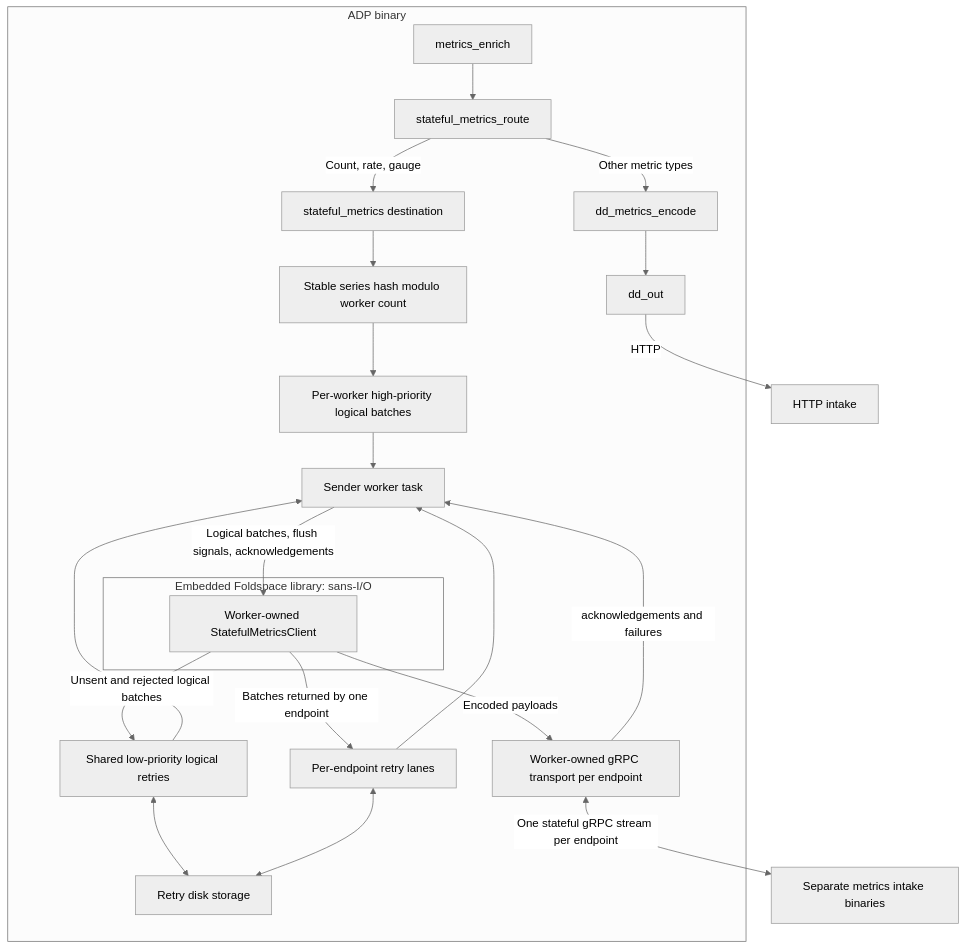
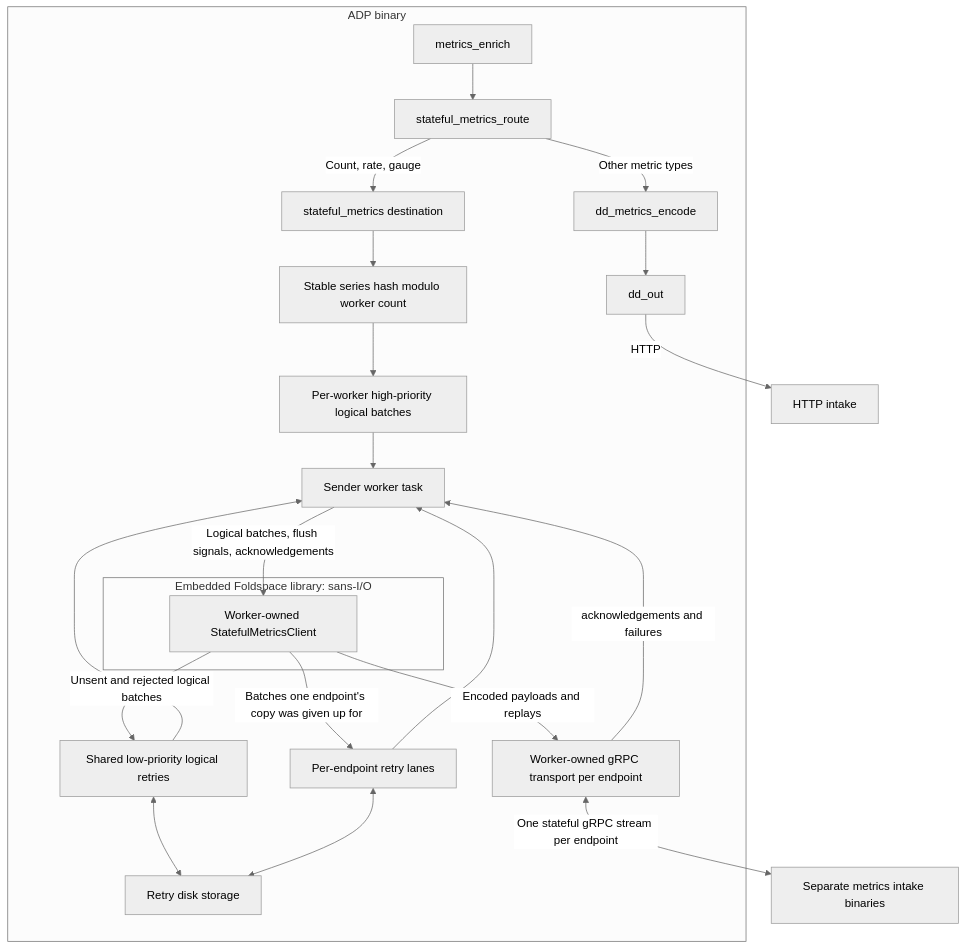
One commit to DataDog/saluki changed the diagram in docs/development/stateful-metrics.md. Above: the diagram before and after it, drawn with Mermaid (neutral theme). The commit also changed other lines of this file and 6 other files, not shown here.

````diff
--- a/docs/development/stateful-metrics.md
+++ b/docs/development/stateful-metrics.md
@@ -11,26 +11,26 @@
 ```mermaid
 flowchart TB
     subgraph ADP[ADP binary]
         Enrich[metrics_enrich] --> Route[stateful_metrics_route]
         Route -->|Count, rate, gauge| Sender[stateful_metrics destination]
         Route -->|Other metric types| Encode[dd_metrics_encode]
         Encode --> Out[dd_out]
         Sender --> Shard[Stable series hash modulo worker count]
         Shard --> High[Per-worker high-priority logical batches]
         High --> Worker[Sender worker task]
         Low[Shared low-priority logical retries] --> Worker
         Lanes[Per-endpoint retry lanes] --> Worker
         Low <--> Disk[Retry disk storage]
         Lanes <--> Disk
         subgraph Foldspace[Embedded Foldspace library: sans-I/O]
             Core[Worker-owned StatefulMetricsClient]
         end
         Worker -->|Logical batches, flush signals, acknowledgements| Core
-        Core -->|Encoded payloads| Transport[Worker-owned gRPC transport per endpoint]
+        Core -->|Encoded payloads and replays| Transport[Worker-owned gRPC transport per endpoint]
         Transport -->|acknowledgements and failures| Worker
         Core -->|Unsent and rejected logical batches| Low
-        Core -->|Batches returned by one endpoint| Lanes
+        Core -->|Batches one endpoint's copy was given up for| Lanes
     end
     Transport <-->|One stateful gRPC stream per endpoint| Intake[Separate metrics intake binaries]
     Out -->|HTTP| HTTP[HTTP intake]
 ```
````
